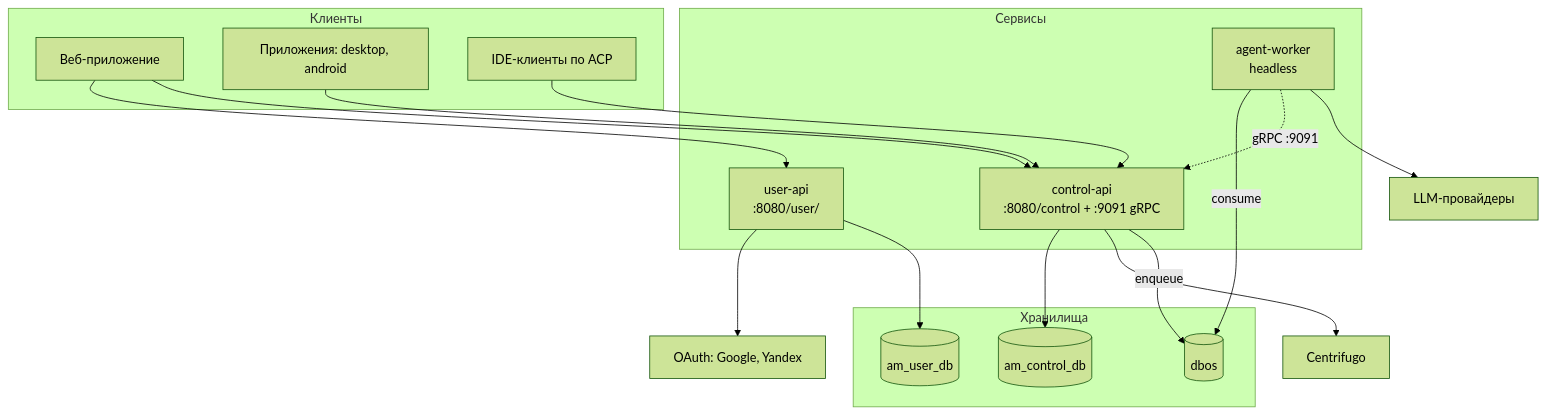
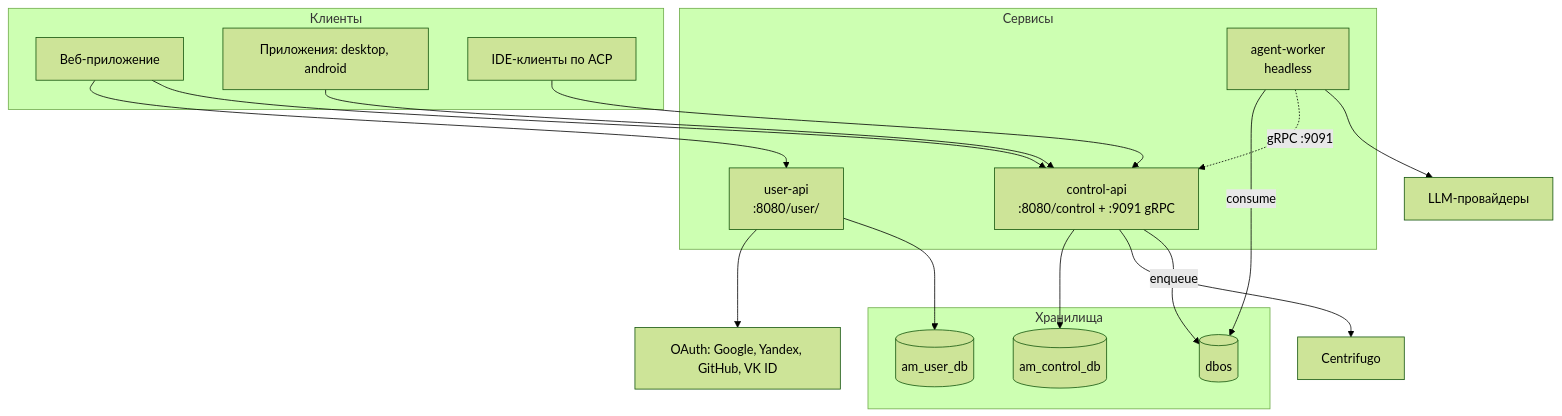
Before and after one commit to AgiMateIo/agimate-backend: the diagram in docs/architecture/overview.md, drawn with Mermaid (forest theme). The commit also changed other lines of this file and 16 other files, not shown here.

First line of the commit message:
feat: OAuth login — GitHub and VK ID

````diff
--- a/docs/architecture/overview.md
+++ b/docs/architecture/overview.md
@@ -7,37 +7,37 @@
 ```mermaid
 graph TB
     subgraph Клиенты
         Web[Веб-приложение]
         Apps[Приложения: desktop, android]
         IDE[IDE-клиенты по ACP]
     end
 
     subgraph Сервисы
         UserAPI[user-api<br/>:8080/user/]
         ControlAPI[control-api<br/>:8080/control + :9091 gRPC]
         Worker[agent-worker<br/>headless]
     end
 
     subgraph Хранилища
         UserDB[(am_user_db)]
         ControlDB[(am_control_db)]
         DbosDB[(dbos)]
     end
 
     Centrifugo[Centrifugo]
-    OAuth[OAuth: Google, Yandex]
+    OAuth[OAuth: Google, Yandex, GitHub, VK ID]
     LLM[LLM-провайдеры]
 
     Web --> UserAPI
     Web --> ControlAPI
     Apps --> ControlAPI
     IDE --> ControlAPI
     UserAPI --> OAuth
     UserAPI --> UserDB
     ControlAPI --> ControlDB
     ControlAPI --> Centrifugo
     ControlAPI -->|enqueue| DbosDB
     Worker -->|consume| DbosDB
     Worker -.->|gRPC :9091| ControlAPI
     Worker --> LLM
 ```
````
